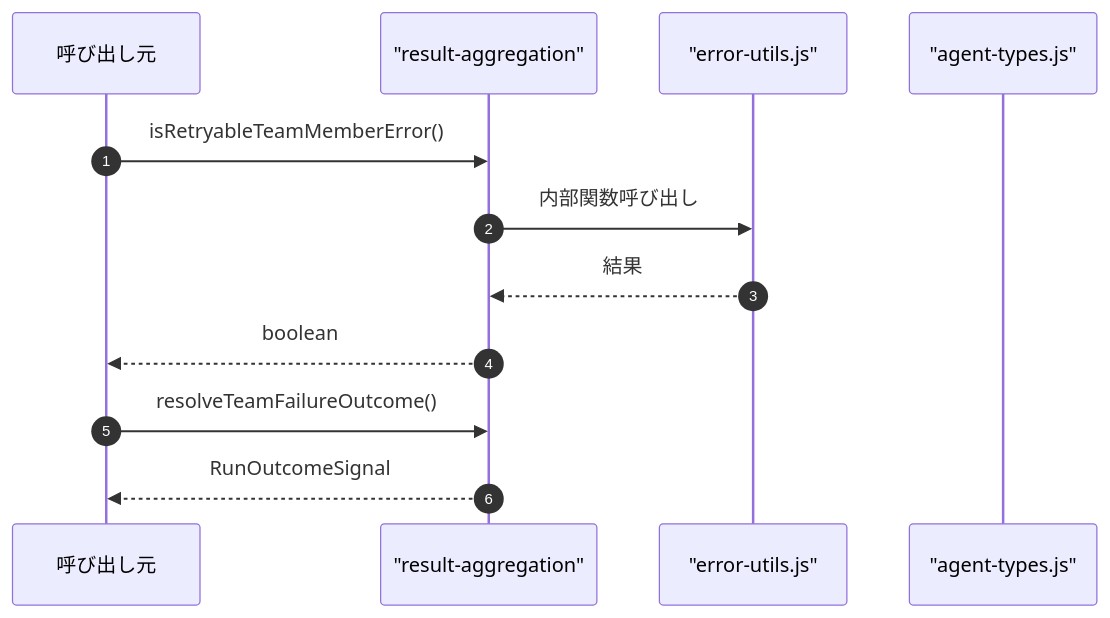
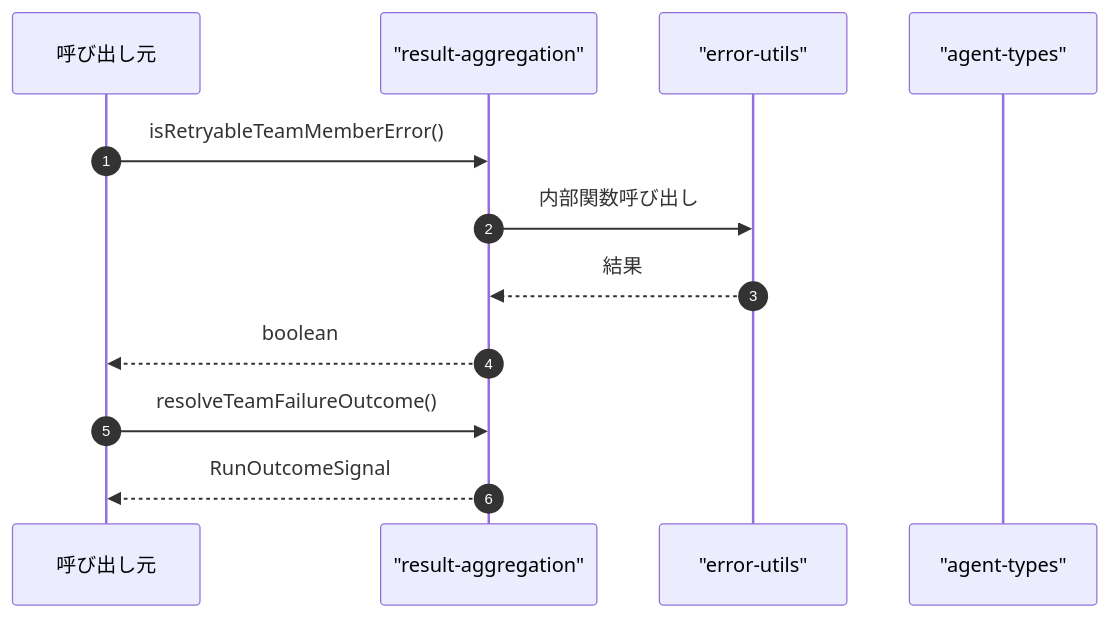
The third of 3 diagrams in ABDD/.pi/extensions/agent-teams/result-aggregation.md (Mekann2904/mekann), drawn with Mermaid before and after one commit. The commit also changed other lines of this file and 174 other files, not shown here.

First line of the commit message:
fix(docs): ABDDのMermaid図生成エラーを修正する

````diff
--- a/ABDD/.pi/extensions/agent-teams/result-aggregation.md
+++ b/ABDD/.pi/extensions/agent-teams/result-aggregation.md
@@ -71,16 +71,16 @@
 ```mermaid
 sequenceDiagram
   autonumber
   participant Caller as 呼び出し元
   participant result_aggregation as "result-aggregation"
-  participant error_utils_js as "error-utils.js"
-  participant agent_types_js as "agent-types.js"
+  participant error_utils as "error-utils"
+  participant agent_types as "agent-types"
 
   Caller->>result_aggregation: isRetryableTeamMemberError()
-  result_aggregation->>error_utils_js: 内部関数呼び出し
-  error_utils_js-->>result_aggregation: 結果
+  result_aggregation->>error_utils: 内部関数呼び出し
+  error_utils-->>result_aggregation: 結果
   result_aggregation-->>Caller: boolean
 
   Caller->>result_aggregation: resolveTeamFailureOutcome()
   result_aggregation-->>Caller: RunOutcomeSignal
 ```
````
